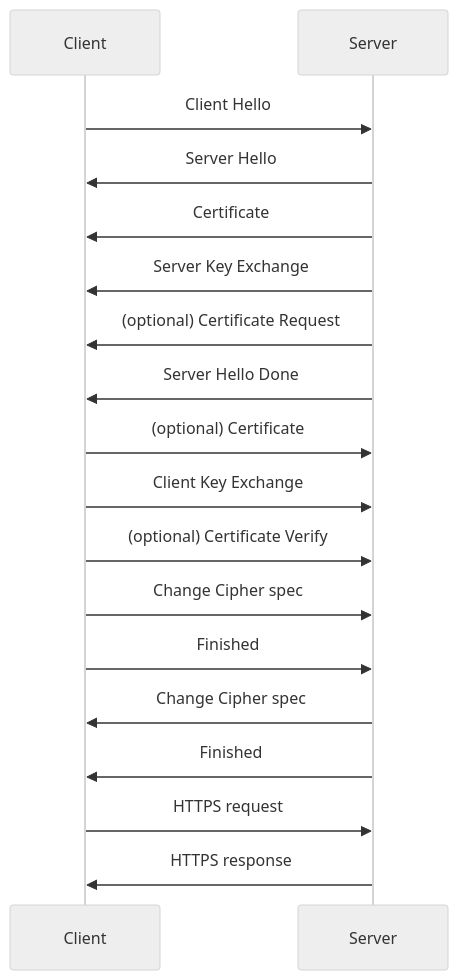
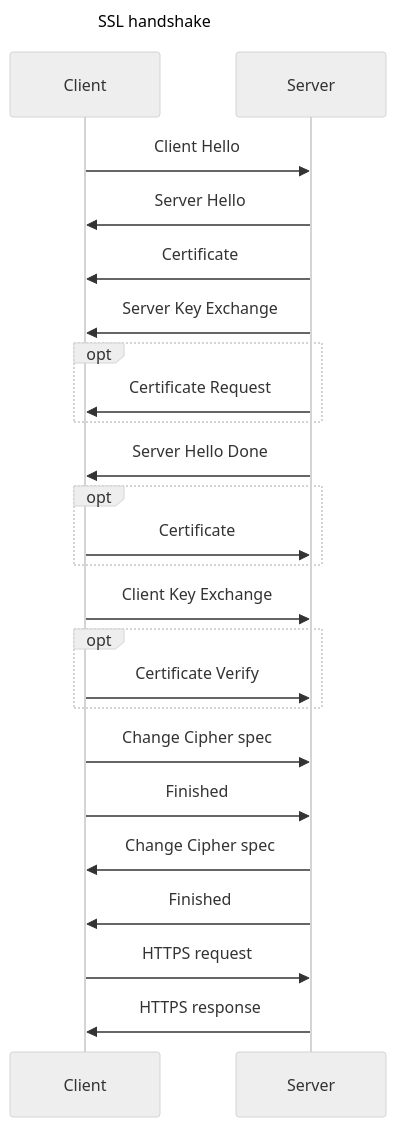
Before and after one commit to djccnt15/djccnt15.github.io: the third of 4 diagrams in docs/blog/posts/2024-07-25-web_client_server.md, drawn with Mermaid (neutral theme). The commit also changed other lines of this file and 15 other files, not shown here.

````diff
--- a/docs/blog/posts/2024-07-25-web_client_server.md
+++ b/docs/blog/posts/2024-07-25-web_client_server.md
@@ -68,18 +71,27 @@
 ```mermaid
+---
+title: SSL handshake
+---
 sequenceDiagram
     Client ->> Server : Client Hello
     Server ->> Client : Server Hello
     Server ->> Client : Certificate
     Server ->> Client : Server Key Exchange
-    Server ->> Client : (optional) Certificate Request
+    opt
+        Server ->> Client : Certificate Request
+    end
     Server ->> Client : Server Hello Done
-    Client ->> Server : (optional) Certificate
+    opt
+        Client ->> Server : Certificate
+    end
     Client ->> Server : Client Key Exchange
-    Client ->> Server : (optional) Certificate Verify
+    opt
+        Client ->> Server : Certificate Verify
+    end
     Client ->> Server : Change Cipher spec
     Client ->> Server : Finished
     Server ->> Client : Change Cipher spec
     Server ->> Client : Finished
     Client ->> Server : HTTPS request
     Server ->> Client : HTTPS response
 ```
````
